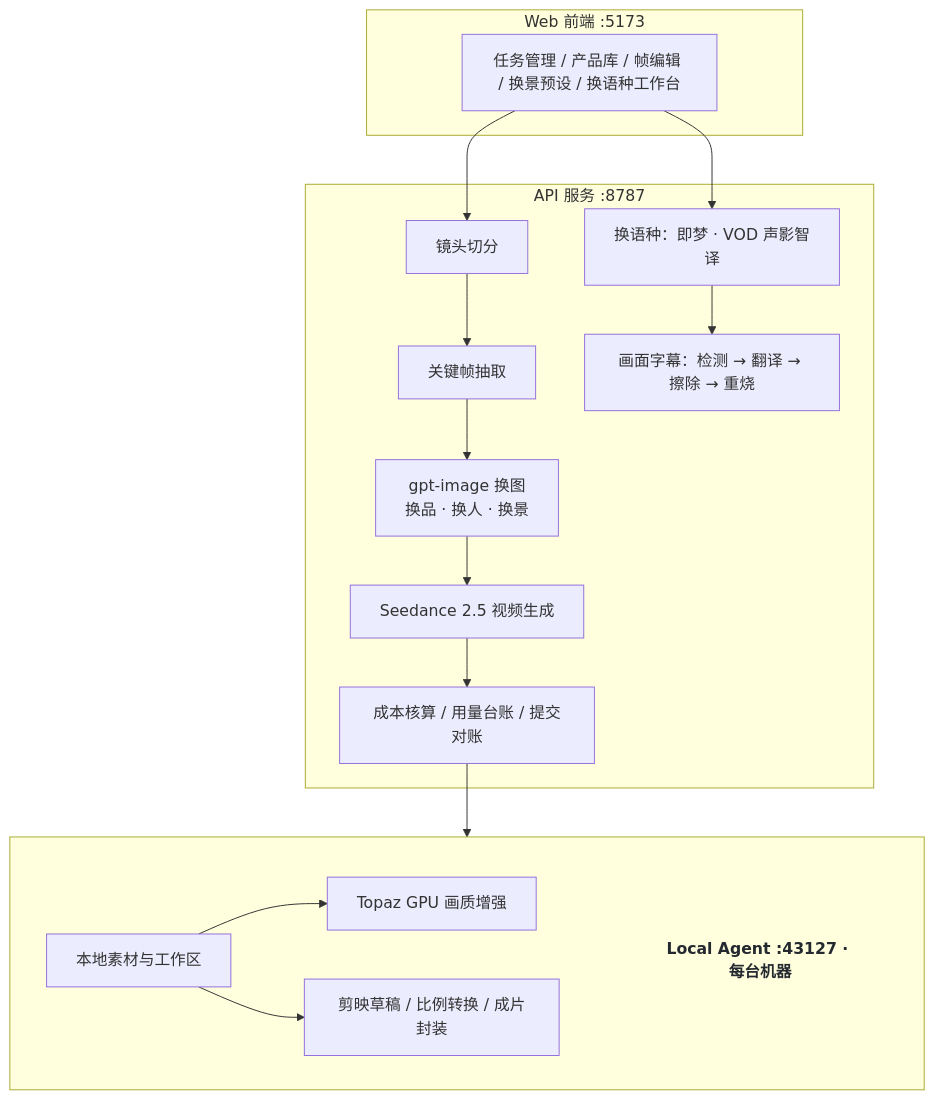
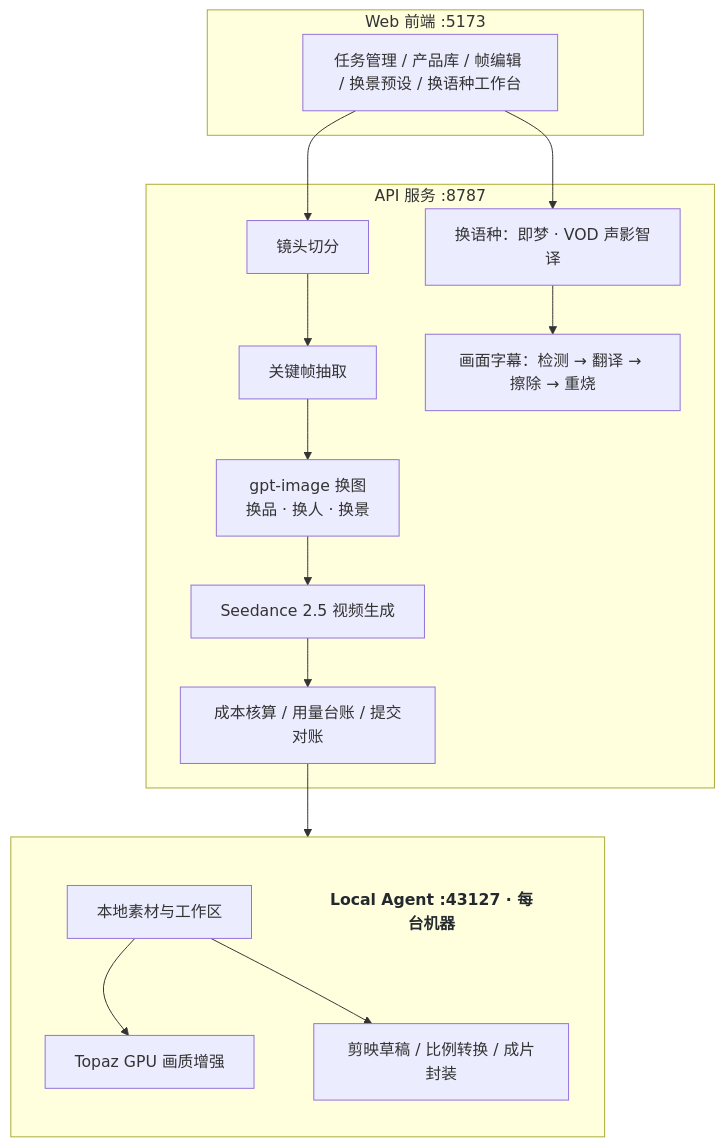
One commit to happymonkeyz666-oss/ALTERION-showcase changed the diagram in README.md. Above: the diagram before and after it, drawn with Mermaid.

Commit message:
docs: align local agent parallel branches

````diff
--- a/README.md
+++ b/README.md
@@ -146,30 +146,30 @@
 ```mermaid
 graph TB
     subgraph Web["Web 前端 :5173"]
         A[任务管理 / 产品库 / 帧编辑 / 换景预设 / 换语种工作台]
     end
 
     subgraph API["API 服务 :8787"]
         B[镜头切分] --> C[关键帧抽取]
         C --> D[gpt-image 换图<br/>换品 · 换人 · 换景]
         D --> E[Seedance 2.5 视频生成]
         E --> G[成本核算 / 用量台账 / 提交对账]
         L[换语种：即梦 · VOD 声影智译] --> S[画面字幕：检测 → 翻译 → 擦除 → 重烧]
     end
 
     subgraph Agent[" "]
-        direction LR
+        direction TB
         H[本地素材与工作区]
+        T["Local&nbsp;Agent&nbsp;:43127&nbsp;·&nbsp;每台机器"]:::agentLabel
         H --> I[Topaz GPU 画质增强]
         H --> J[剪映草稿 / 比例转换 / 成片封装]
-        T["Local Agent :43127 · 每台机器"]:::agentLabel
-        I ~~~ T
-        J ~~~ T
+        T ~~~ I
+        T ~~~ J
     end
 
     classDef agentLabel fill:transparent,stroke:transparent,color:#24292f,font-weight:bold
 
     A --> B
     A --> L
-    G --> Agent
+    G --> H
 ```
````
